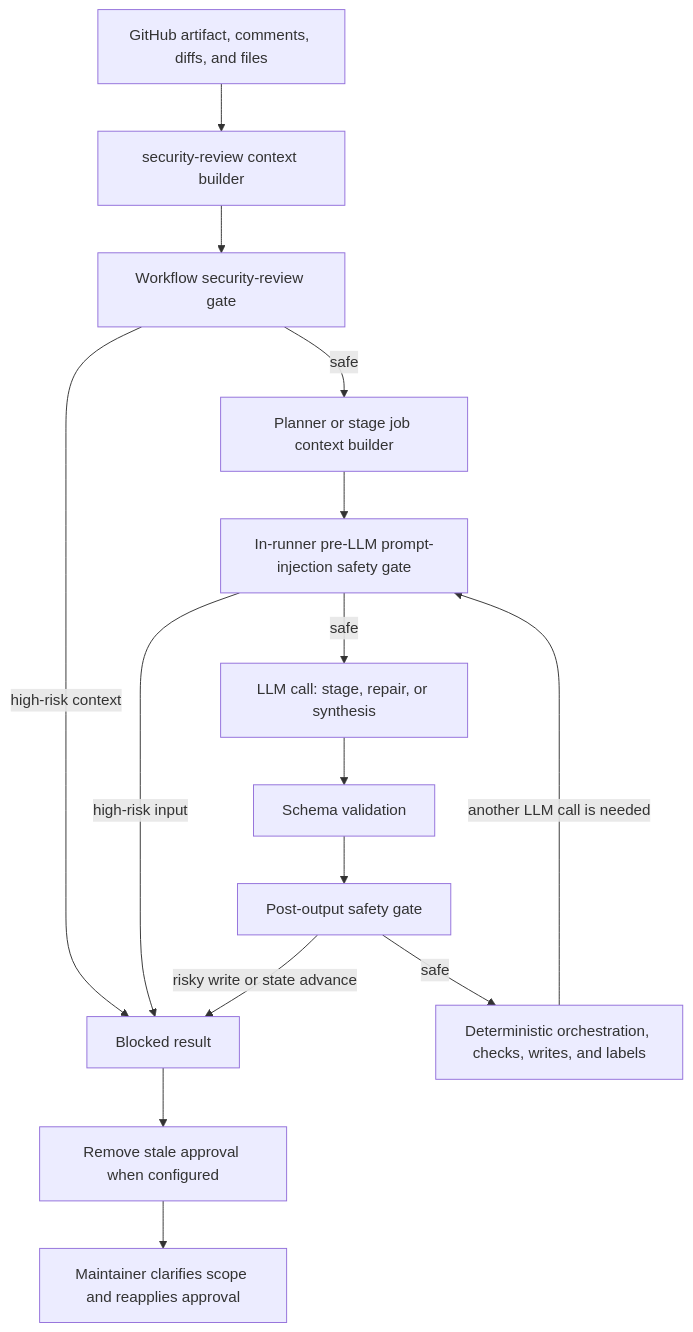
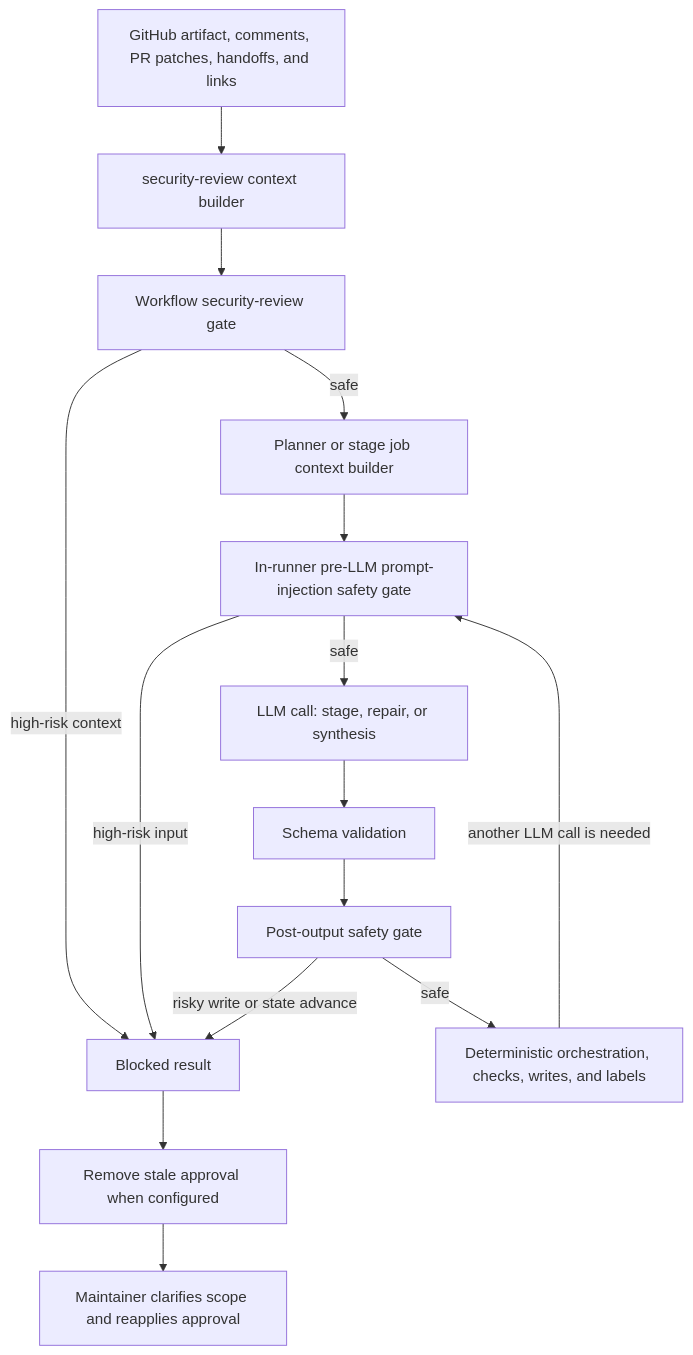
One commit to markhuangai/git-vibe changed the third of 3 diagrams in docs/AI.md. Above: the diagram before and after it, drawn with Mermaid. The commit also changed other lines of this file and 12 other files, not shown here.

````diff
--- a/docs/AI.md
+++ b/docs/AI.md
@@ -145,17 +145,17 @@
 ```mermaid
 flowchart TD
-  A[GitHub artifact, comments, diffs, and files] --> B[security-review context builder]
+  A[GitHub artifact, comments, PR patches, handoffs, and links] --> B[security-review context builder]
   B --> W[Workflow security-review gate]
   W -->|high-risk context| G[Blocked result]
   W -->|safe| P[Planner or stage job context builder]
   P --> R[In-runner pre-LLM prompt-injection safety gate]
   R -->|safe| C[LLM call: stage, repair, or synthesis]
   R -->|high-risk input| G
   C --> D[Schema validation]
   D --> E[Post-output safety gate]
   E -->|safe| F[Deterministic orchestration, checks, writes, and labels]
   F -->|another LLM call is needed| R
   E -->|risky write or state advance| G
   G --> H[Remove stale approval when configured]
   H --> I[Maintainer clarifies scope and reapplies approval]
 ```
````
